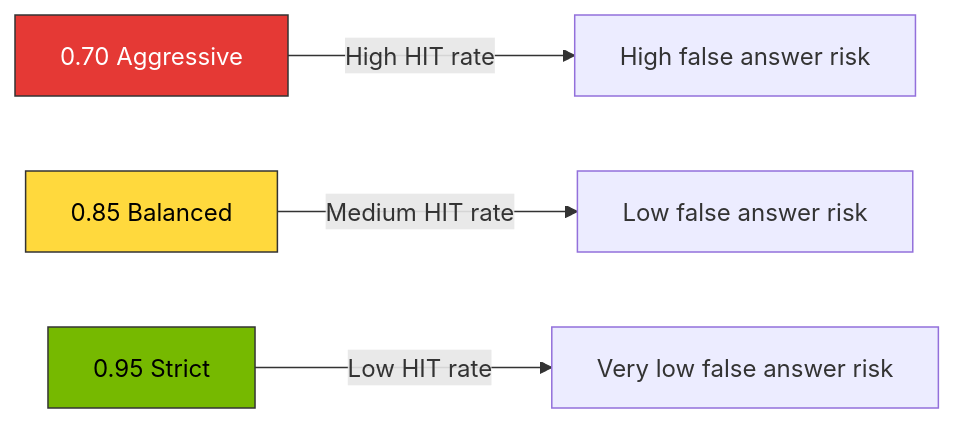
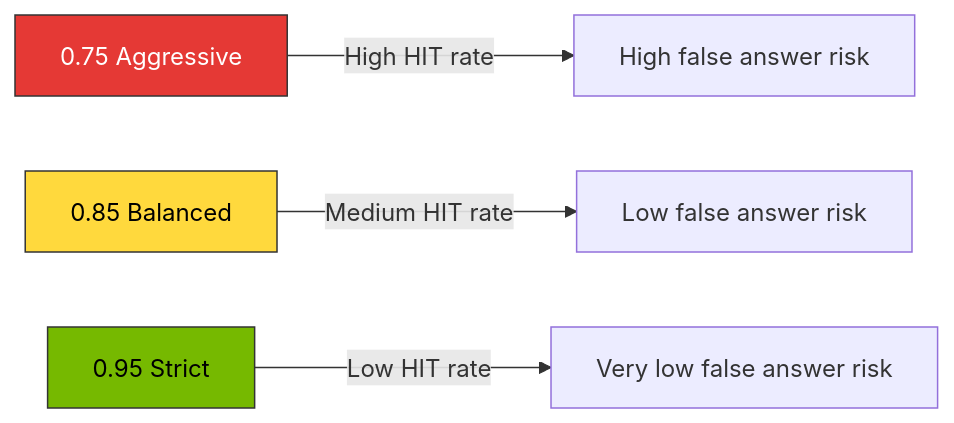
One commit to devfloor9/engineering-playbook changed the second of 2 diagrams in docs/agentic-ai-platform/model-serving/inference-optimization/semantic-caching-strategy.md. Above: the diagram before and after it, drawn with Mermaid. The commit also changed 1 other file, not shown here.

Commit message:
docs(model-serving): #117 semantic caching 공격적 임계값 다이어그램 0.70→0.75 (KO/EN)
semantic-caching-strategy.md의 임계값 비교 다이어그램 라벨이 0.70 공격적으로 남아 있어
같은 문서의 표 1·표 3(공격적 = 0.75, 0.70 이하 = 거의 사용 안 함)과 어긋났습니다.
KO 정본과 EN 모두 라벨을 0.75로 맞춰 문서 내부 수치를 일치시켰습니다.

Part of #117

````diff
--- a/docs/agentic-ai-platform/model-serving/inference-optimization/semantic-caching-strategy.md
+++ b/docs/agentic-ai-platform/model-serving/inference-optimization/semantic-caching-strategy.md
@@ -121,10 +121,10 @@
 ```mermaid
 graph LR
-    A[0.70 Aggressive] -->|High HIT rate| B[High false answer risk]
+    A[0.75 Aggressive] -->|High HIT rate| B[High false answer risk]
     C[0.85 Balanced] -->|Medium HIT rate| D[Low false answer risk]
     E[0.95 Strict] -->|Low HIT rate| F[Very low false answer risk]
 
     style A fill:#e53935,stroke:#333,color:#fff
     style C fill:#ffd93d,stroke:#333,color:#000
     style E fill:#76b900,stroke:#333,color:#000
 ```
````
